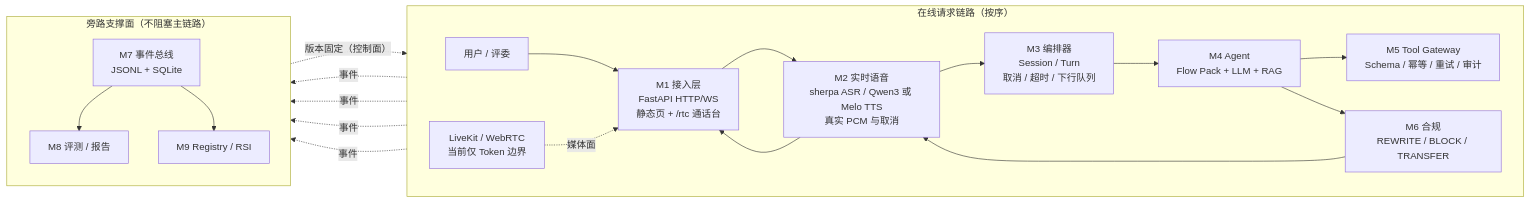
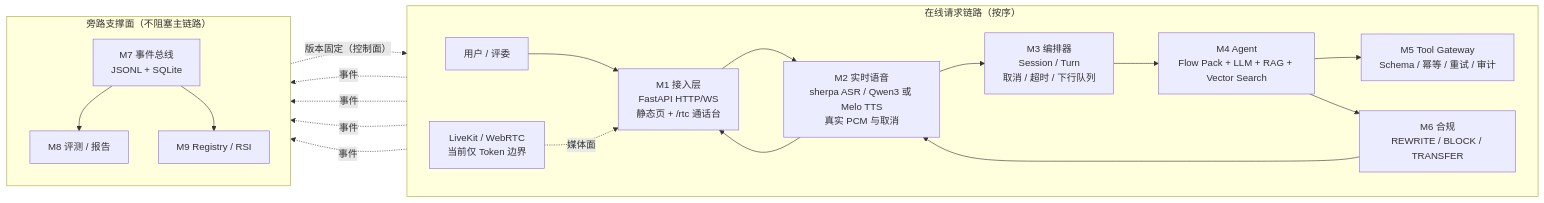
One commit to SLR979111/AI-call changed the first of 4 diagrams in README.md. Above: the diagram before and after it, drawn with Mermaid.

Commit message:
docs: update architecture diagram in README

````diff
--- a/README.md
+++ b/README.md
@@ -100,30 +100,30 @@
 ```mermaid
 flowchart LR
   subgraph ONLINE["在线请求链路（按序）"]
     direction LR
     U["用户 / 评委"] --> M1["M1 接入层<br/>FastAPI HTTP/WS<br/>静态页 + /rtc 通话台"]
     M1 --> M2["M2 实时语音<br/>sherpa ASR / Qwen3 或 Melo TTS<br/>真实 PCM 与取消"]
     M2 --> M3["M3 编排器<br/>Session / Turn<br/>取消 / 超时 / 下行队列"]
-    M3 --> M4["M4 Agent<br/>Flow Pack + LLM + RAG"]
+    M3 --> M4["M4 Agent<br/>Flow Pack + LLM + RAG + Vector Search"]
     M4 --> M5["M5 Tool Gateway<br/>Schema / 幂等 / 重试 / 审计"]
     M4 --> M6["M6 合规<br/>REWRITE / BLOCK / TRANSFER"]
     M6 --> M2
     M2 --> M1
     M10["LiveKit / WebRTC<br/>当前仅 Token 边界"] -. 媒体面 .-> M1
   end
 
   subgraph SUPPORT["旁路支撑面（不阻塞主链路）"]
     direction TB
     M7["M7 事件总线<br/>JSONL + SQLite"]
     M8["M8 评测 / 报告"]
     M9["M9 Registry / RSI"]
     M7 --> M8
     M7 --> M9
   end
 
   M3 -. 事件 .-> M7
   M4 -. 事件 .-> M7
   M5 -. 事件 .-> M7
   M6 -. 事件 .-> M7
   M9 -. "版本固定（控制面）" .-> M4
 ```
````
